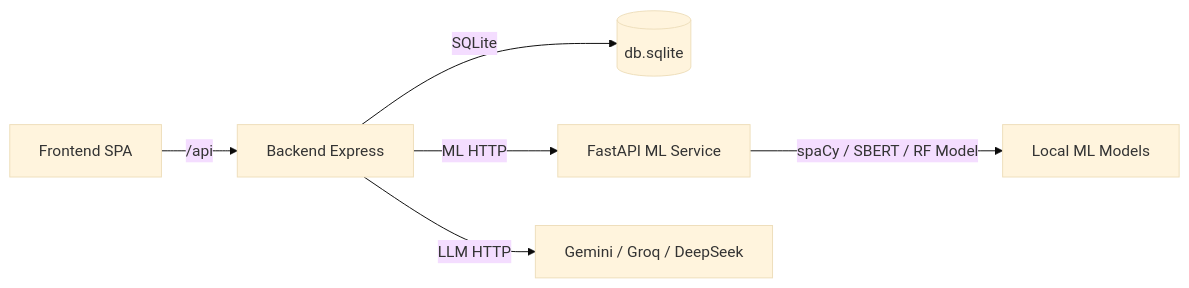
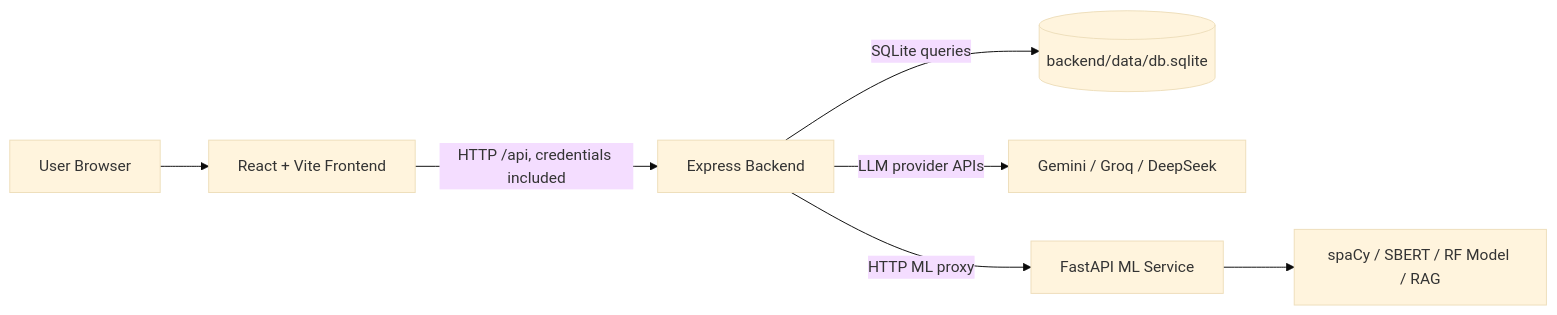
The diagram in PROJECT_DETAILED_DEMO.md (Shivv3/AI-Software-Engineer), drawn with Mermaid (base theme) before and after one commit. The commit also changed other lines of this file and 15 other files, not shown here.

````diff
--- a/PROJECT_DETAILED_DEMO.md
+++ b/PROJECT_DETAILED_DEMO.md
@@ -467,8 +39,9 @@
 ```mermaid
 graph LR
-  A[Frontend SPA] -->|/api| B[Backend Express]
-  B -->|SQLite| C[(db.sqlite)]
-  B -->|ML HTTP| D[FastAPI ML Service]
-  B -->|LLM HTTP| E[Gemini / Groq / DeepSeek]
-  D -->|spaCy / SBERT / RF Model| F[Local ML Models]
+  U["User Browser"] --> F["React + Vite Frontend"]
+  F -->|HTTP /api, credentials included| B["Express Backend"]
+  B -->|SQLite queries| DB[("backend/data/db.sqlite")]
+  B -->|LLM provider APIs| L["Gemini / Groq / DeepSeek"]
+  B -->|HTTP ML proxy| M["FastAPI ML Service"]
+  M --> NLP["spaCy / SBERT / RF Model / RAG"]
 ```
````
